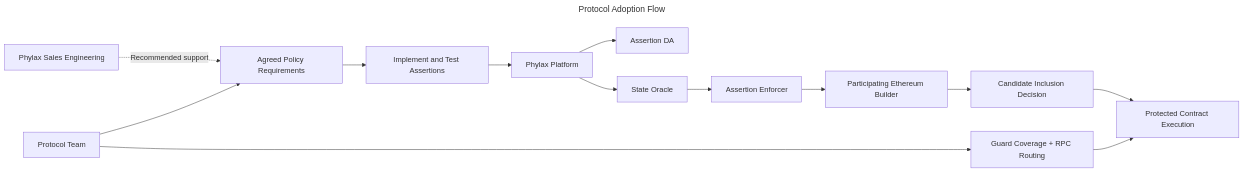
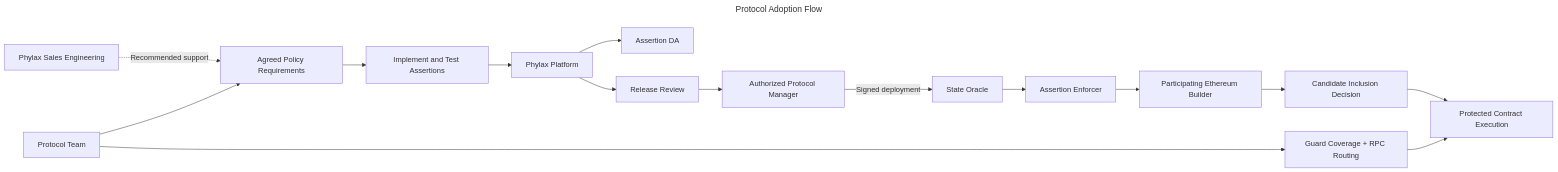
One commit to phylaxsystems/phylax-docs changed the diagram in credible/dapp-integration.mdx. Above: the diagram before and after it, drawn with Mermaid. The commit also changed other lines of this file and 155 other files, not shown here.

````diff
--- a/credible/dapp-integration.mdx
+++ b/credible/dapp-integration.mdx
@@ -20,18 +20,20 @@
 ```mermaid
 ---
 title: Protocol Adoption Flow
 ---
 flowchart LR
   Dev[Protocol Team] --> Scope[Agreed Policy Requirements]
   SE[Phylax Sales Engineering] -. Recommended support .-> Scope
   Scope --> Assertion[Implement and Test Assertions]
   Assertion --> Platform[Phylax Platform]
   Platform --> DA[Assertion DA]
-  Platform --> StateOracle[State Oracle]
+  Platform --> Review[Release Review]
+  Review --> Manager[Authorized Protocol Manager]
+  Manager -->|Signed deployment| StateOracle[State Oracle]
   StateOracle --> Enforcer[Assertion Enforcer]
   Enforcer --> Builder[Participating Ethereum Builder]
   Builder --> Outcome[Candidate Inclusion Decision]
   Dev --> Guard[Guard Coverage + RPC Routing]
   Guard --> Execution[Protected Contract Execution]
   Outcome --> Execution
 ```
````
